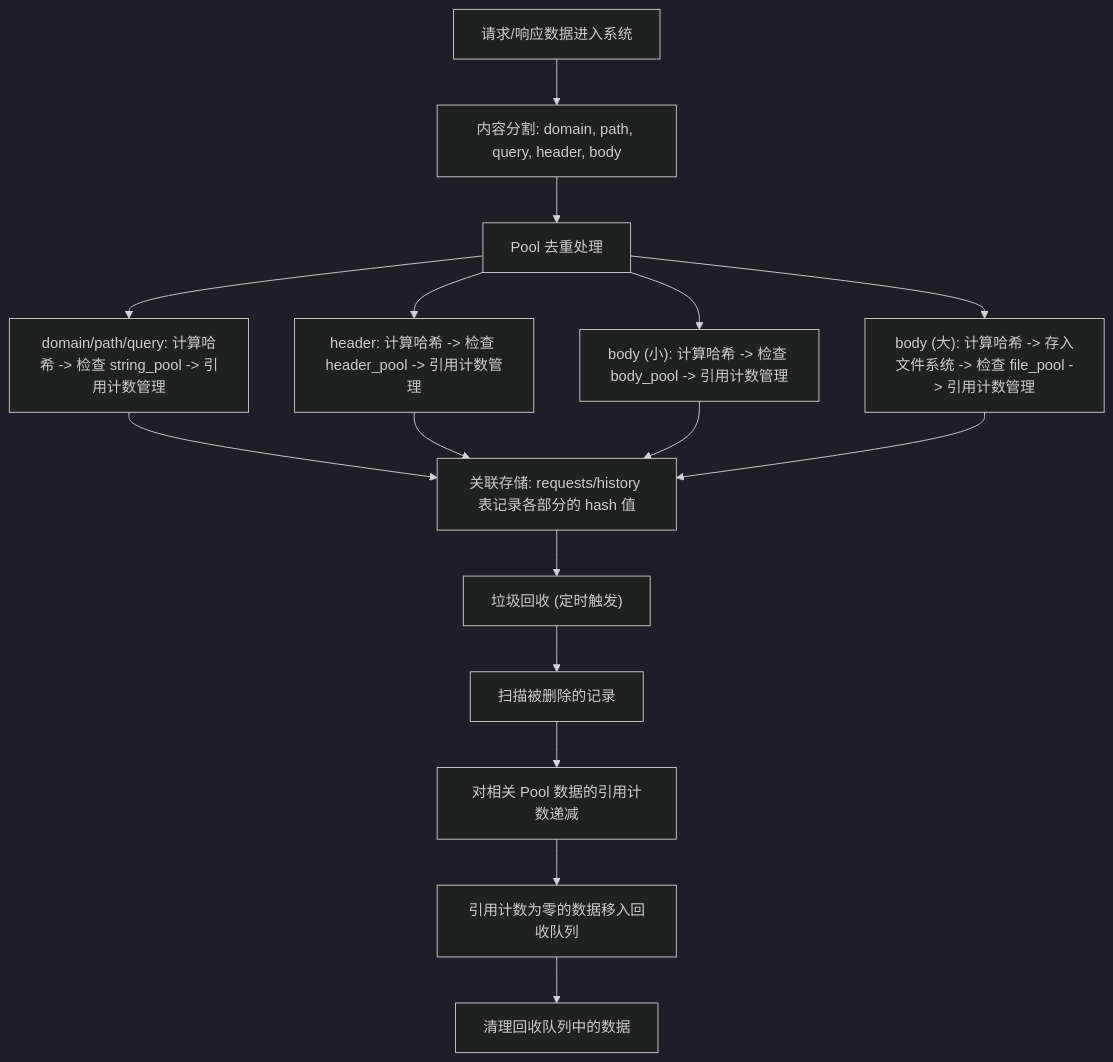
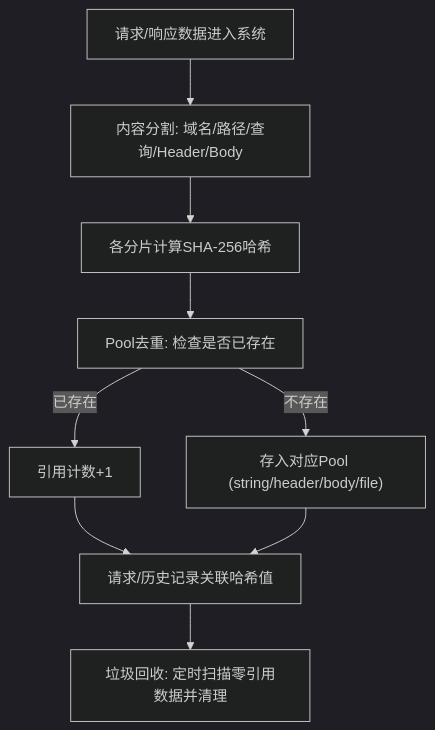
Before and after one commit to GitHubNull/repeaterManger: the fifth of 6 diagrams in doc/分离式架构_PRD.md, drawn with Mermaid (dark theme). The commit also changed other lines of this file and 13 other files, not shown here.

````diff
--- a/doc/分离式架构_PRD.md
+++ b/doc/分离式架构_PRD.md
@@ -715,21 +433,11 @@
 ```mermaid
 graph TB
-    A["请求/响应数据进入系统"] --> B["内容分割: domain, path, query, header, body"]
-    B --> C["Pool 去重处理"]
-
-    C --> D["domain/path/query: 计算哈希 -> 检查 string_pool -> 引用计数管理"]
-    C --> E["header: 计算哈希 -> 检查 header_pool -> 引用计数管理"]
-    C --> F["body (小): 计算哈希 -> 检查 body_pool -> 引用计数管理"]
-    C --> G["body (大): 计算哈希 -> 存入文件系统 -> 检查 file_pool -> 引用计数管理"]
-
-    D --> H["关联存储: requests/history 表记录各部分的 hash 值"]
-    E --> H
-    F --> H
-    G --> H
-
-    H --> I["垃圾回收 (定时触发)"]
-    I --> J["扫描被删除的记录"]
-    J --> K["对相关 Pool 数据的引用计数递减"]
-    K --> L["引用计数为零的数据移入回收队列"]
-    L --> M["清理回收队列中的数据"]
+    A["请求/响应数据进入系统"] --> B["内容分割: 域名/路径/查询/Header/Body"]
+    B --> C["各分片计算SHA-256哈希"]
+    C --> D["Pool去重: 检查是否已存在"]
+    D -->|"已存在"| E["引用计数+1"]
+    D -->|"不存在"| F["存入对应Pool (string/header/body/file)"]
+    E --> G["请求/历史记录关联哈希值"]
+    F --> G
+    G --> H["垃圾回收: 定时扫描零引用数据并清理"]
 ```
````
